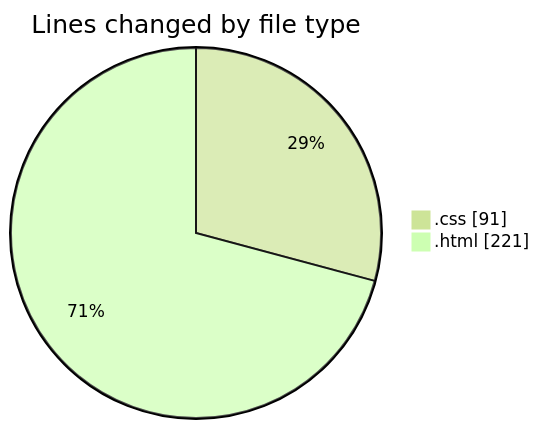
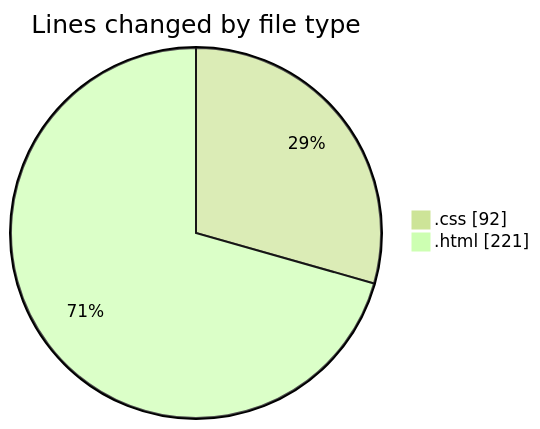
Before and after one commit to NitaiMahat/code-tracking: the first of 2 diagrams in 2025-02-04/recipe-page-main/README.md, drawn with Mermaid (forest theme). The commit also changed other lines of this file and 1 other file, not shown here.

````diff
--- a/2025-02-04/recipe-page-main/README.md
+++ b/2025-02-04/recipe-page-main/README.md
@@ -21,6 +21,6 @@
 ```mermaid
 pie showData
 title Lines changed by file type
-".css" : 91
+".css" : 92
 ".html" : 221
 ```
````
